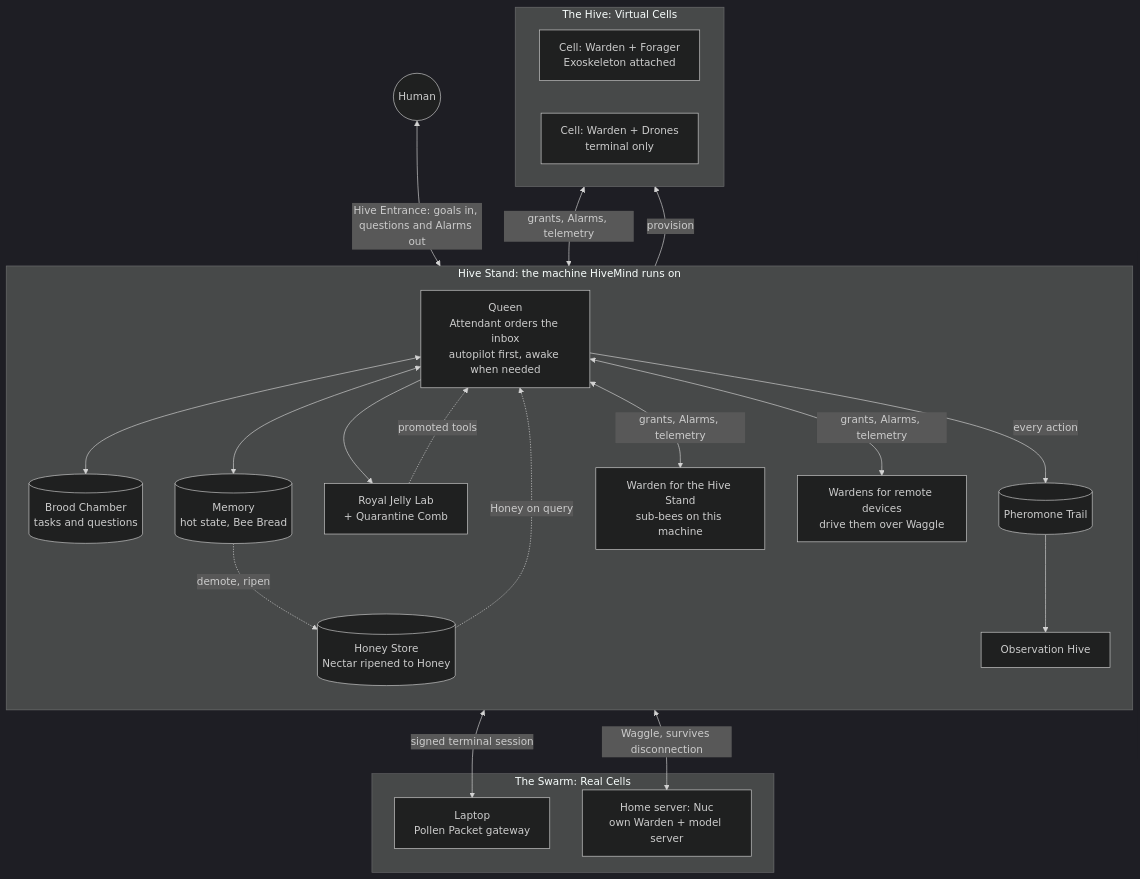
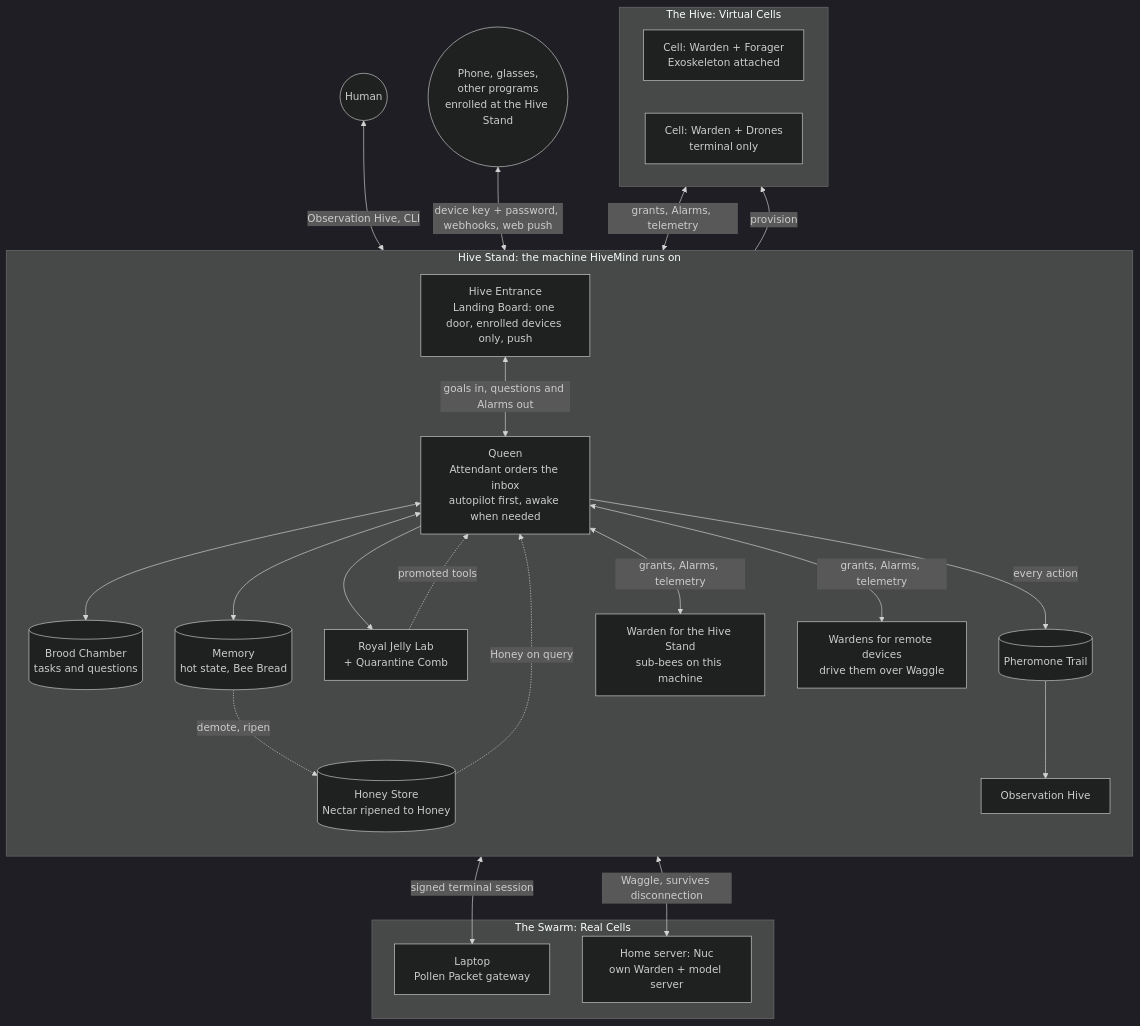
Before and after one commit to JustinV200/Hivemind: the diagram in README.md, drawn with Mermaid (dark theme). The commit also changed other lines of this file and 3 other files, not shown here.

````diff
--- a/README.md
+++ b/README.md
@@ -266,43 +288,47 @@
 ```mermaid
 flowchart TB
     H(("Human"))
+    C(("Phone, glasses,<br/>other programs<br/>enrolled at the Hive Stand"))
 
     subgraph Stand["Hive Stand: the machine HiveMind runs on"]
         direction TB
+        LB["Hive Entrance<br/>Landing Board: one door, enrolled devices only, push"]
         Q["Queen<br/>Attendant orders the inbox<br/>autopilot first, awake when needed"]
         BC[("Brood Chamber<br/>tasks and questions")]
         MEM[("Memory<br/>hot state, Bee Bread")]
         HS[("Honey Store<br/>Nectar ripened to Honey")]
         RJ["Royal Jelly Lab<br/>+ Quarantine Comb"]
         PT[("Pheromone Trail")]
         OBS["Observation Hive"]
         W0["Warden for the Hive Stand<br/>sub-bees on this machine"]
         WR["Wardens for remote devices<br/>drive them over Waggle"]
     end
 
     subgraph Hive["The Hive: Virtual Cells"]
         V1["Cell: Warden + Forager<br/>Exoskeleton attached"]
         V2["Cell: Warden + Drones<br/>terminal only"]
     end
 
     subgraph Swarm["The Swarm: Real Cells"]
         D1["Laptop<br/>Pollen Packet gateway"]
         D2["Home server: Nuc<br/>own Warden + model server"]
     end
 
-    H <-->|"Hive Entrance: goals in, questions and Alarms out"| Q
+    H <-->|"Observation Hive, CLI"| LB
+    C <-->|"device key + password, webhooks, web push"| LB
+    LB <-->|"goals in, questions and Alarms out"| Q
     Q <--> BC
     Q <--> MEM
     MEM -.->|"demote, ripen"| HS
     HS -.->|"Honey on query"| Q
     Q --> RJ
     RJ -.->|"promoted tools"| Q
     Q -->|"every action"| PT
     PT --> OBS
     Q <-->|"grants, Alarms, telemetry"| W0
     Q <-->|"grants, Alarms, telemetry"| WR
     Q -->|"provision"| Hive
     Hive <-->|"grants, Alarms, telemetry"| Q
     WR <-->|"signed terminal session"| D1
     Q <-->|"Waggle, survives disconnection"| D2
 ```
````
